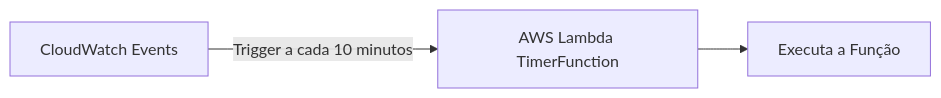
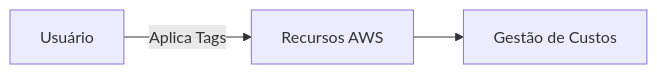
The first of 5 diagrams in Bootcamp - Cloud para dados/Aula_10/README.md (lvgalvao/data-engineering-roadmap), drawn with Mermaid before and after one commit. The commit also changed other lines of this file and 1 other file, not shown here.

Commit message:
aws cost explorer

````diff
--- a/Bootcamp - Cloud para dados/Aula_10/README.md
+++ b/Bootcamp - Cloud para dados/Aula_10/README.md
@@ -29,5 +41,5 @@
    ```mermaid
    graph LR
-       CW[CloudWatch Events] -->|Trigger a cada 10 minutos| Lambda1[AWS Lambda TimerFunction]
-       Lambda1 --> Process1[Executa a Função]
+       User[Usuário] -->|Aplica Tags| AWS[Recursos AWS]
+       AWS --> CostManagement[Gestão de Custos]
    ```
````
